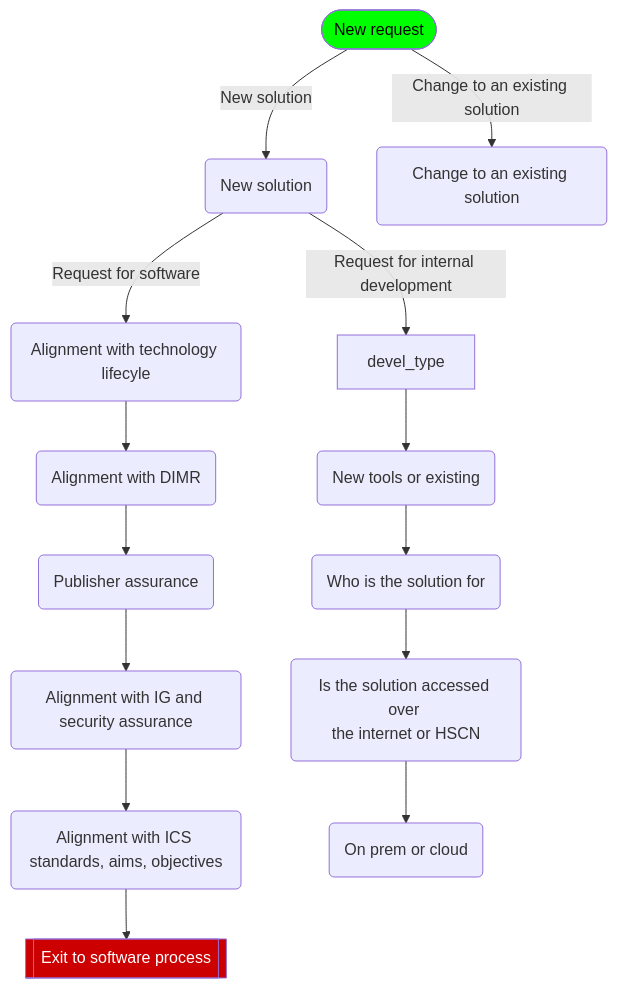
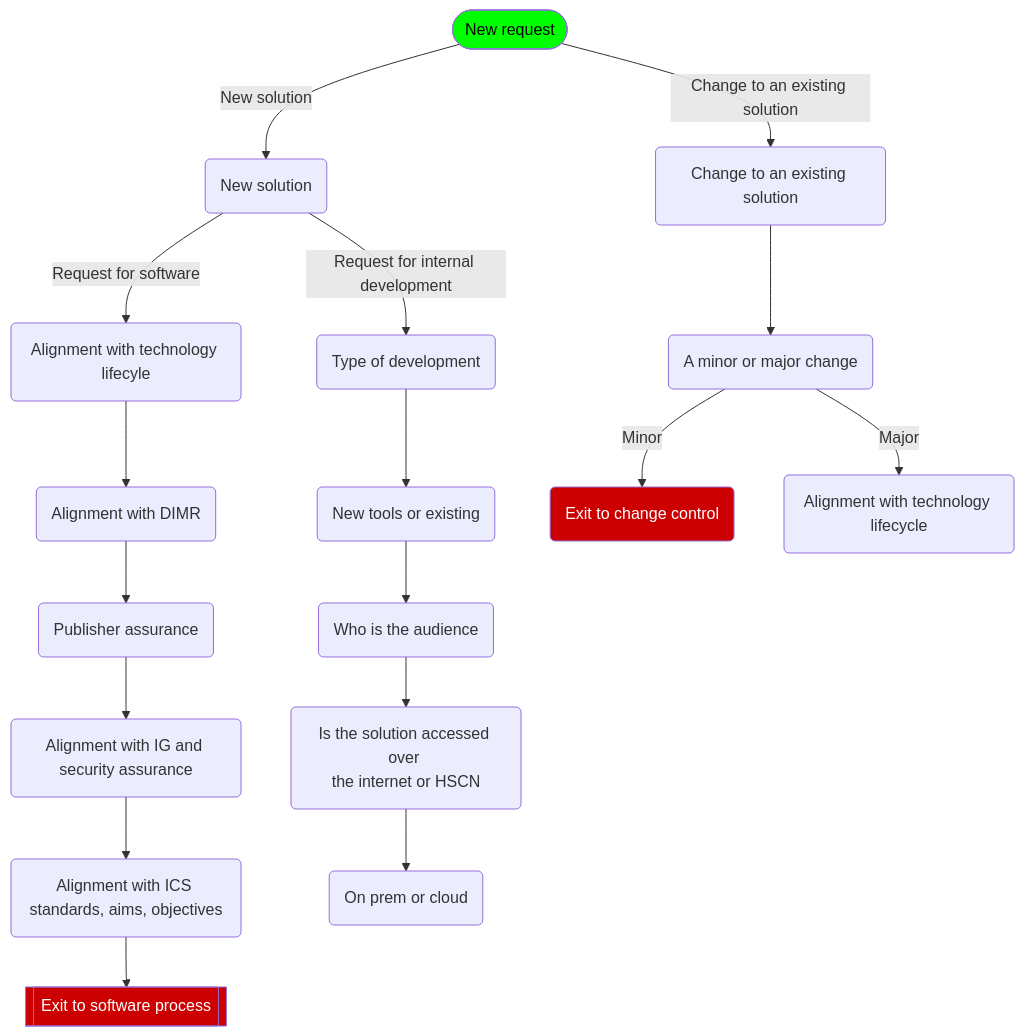
The diagram in Solution design group process.md (digitaldhc/solution-assurance), drawn with Mermaid before and after one commit.

Commit message:
push 28.12.22

````diff
--- a/Solution design group process.md
+++ b/Solution design group process.md
@@ -5,33 +5,43 @@
 ```mermaid
 
 graph TD;
 
 request -- New solution --> newsolution
 request -- Change to an existing solution --> existingsolution
 
 newsolution -- Request for software --> soft_lifecycle 
 soft_lifecycle --> soft_dimr --> soft_publisher --> soft_assurance --> soft_ics --> soft_exit
 
 newsolution -- Request for internal development --> devel_type
 
 devel_type --> devel_tools --> devel_audience --> devel_access --> devel_prem
 
+existingsolution --> ex_minorormajor
+ex_minorormajor -- Minor --> ex_normalchange
+ex_minorormajor -- Major --> ex_lifecycle
+
 request([New request])
 newsolution(New solution)
 existingsolution(Change to an existing solution)
 soft_dimr(Alignment with DIMR)
 soft_publisher(Publisher assurance)
 soft_lifecycle(Alignment with technology lifecyle)
 soft_assurance(Alignment with IG and security assurance)
 soft_ics(Alignment with ICS standards, aims, objectives)
 soft_exit[[Exit to software process]]
 
+devel_type(Type of development)
 devel_tools(New tools or existing)
 devel_prem(On prem or cloud)
-devel_audience(Who is the solution for)
+devel_audience(Who is the audience)
 devel_access(Is the solution accessed over \nthe internet or HSCN)
+
+ex_minorormajor(A minor or major change)
+ex_normalchange(Exit to change control)
+ex_lifecycle(Alignment with technology lifecycle)
 
 style request fill:#0f0,color:#000
 style soft_exit fill:#c00,color:#fff
+style ex_normalchange fill:#c00,color:#fff
 
 ```
````
